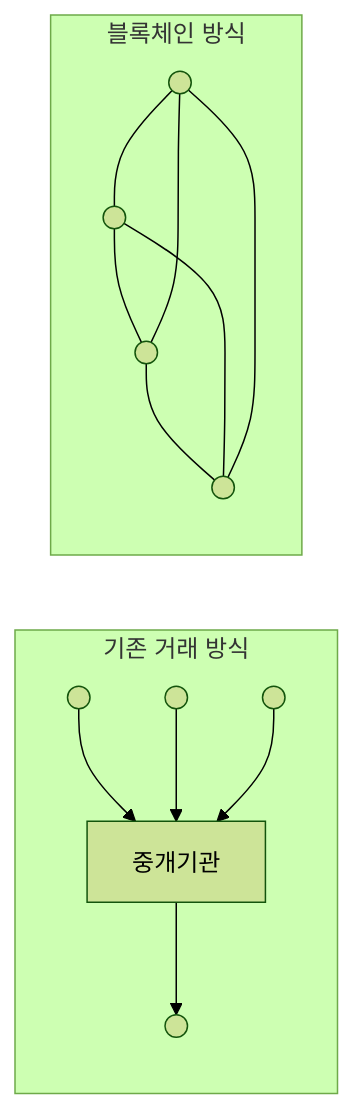
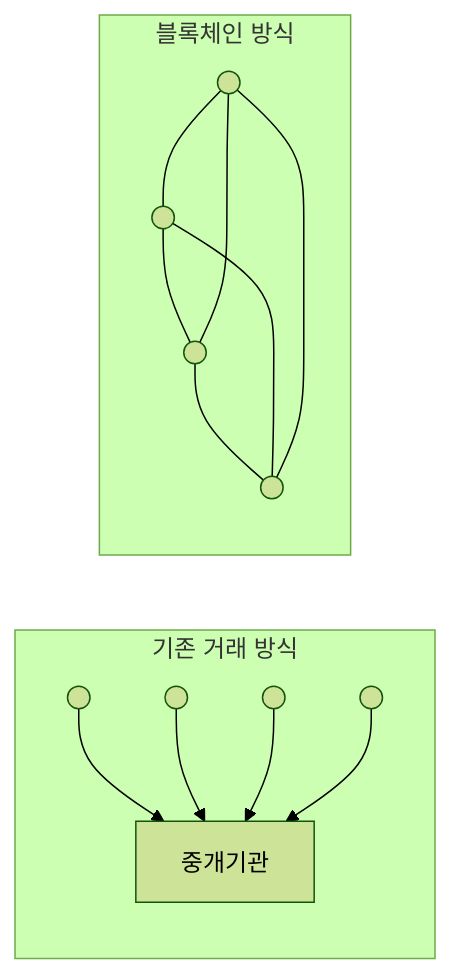
The diagram in output/markdown/pages/page-141.md (jhs512/topcit), drawn with Mermaid (forest theme) before and after one commit. The commit also changed 127 other files, not shown here.

````diff
--- a/output/markdown/pages/page-141.md
+++ b/output/markdown/pages/page-141.md
@@ -20,17 +20,17 @@
 ```mermaid
 flowchart LR
  subgraph A[기존 거래 방식]
   A1(( )) --> A0[중개기관]
   A2(( )) --> A0
   A3(( )) --> A0
-  A0 --> A4(( ))
+  A4(( )) --> A0
  end
  subgraph B[블록체인 방식]
   B1(( )) --- B2(( ))
   B2 --- B3(( ))
   B3 --- B4(( ))
   B4 --- B1
   B1 --- B3
   B2 --- B4
  end
 ```
````
